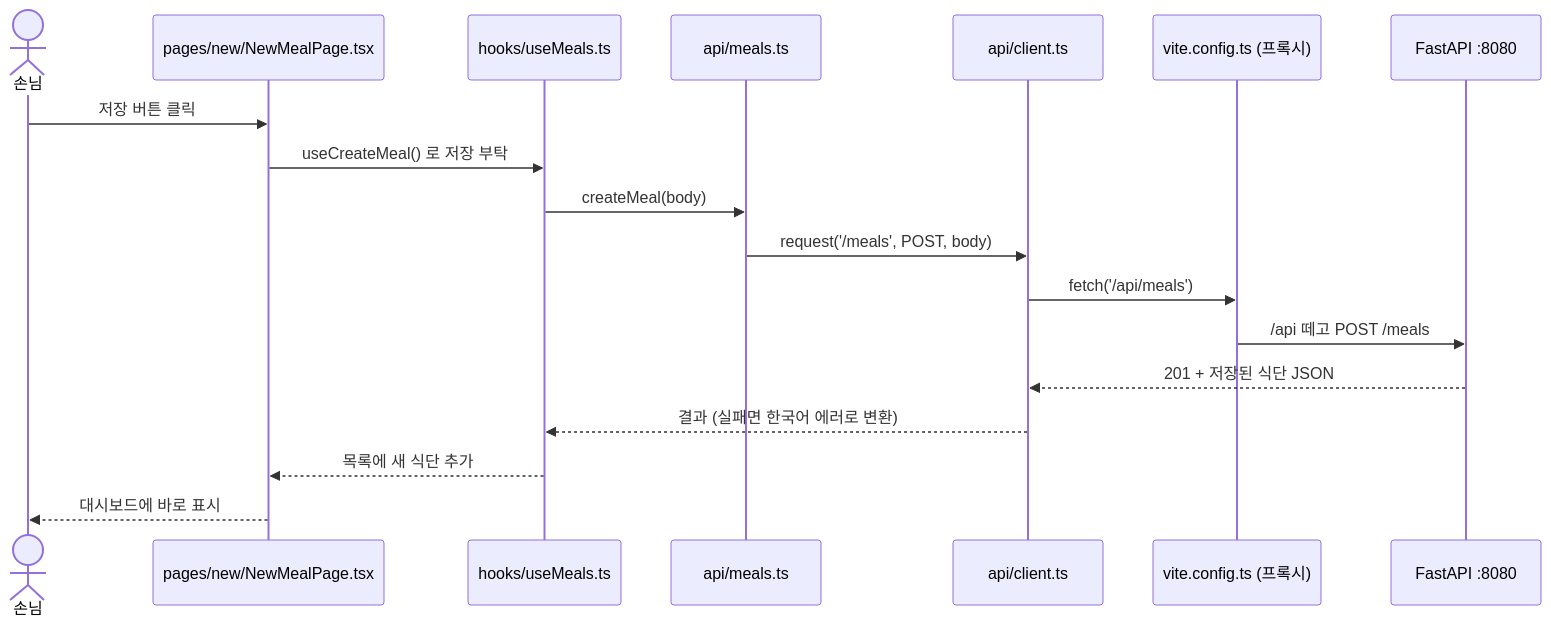
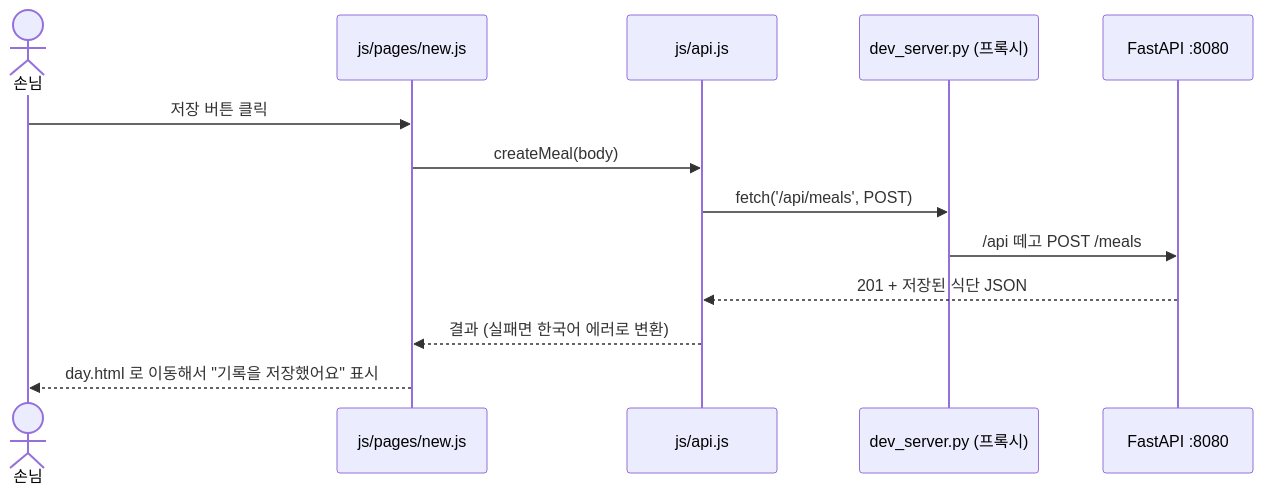
One commit to pasta1513/aws_project changed the second of 3 diagrams in frontend/GUIDE.md. Above: the diagram before and after it, drawn with Mermaid. The commit also changed other lines of this file and 96 other files, not shown here.

First line of the commit message:
프론트엔드 React(Vite) → HTML·CSS·JavaScript 전환

````diff
--- a/frontend/GUIDE.md
+++ b/frontend/GUIDE.md
@@ -64,21 +57,16 @@
 ```mermaid
 sequenceDiagram
     actor 손님
-    participant P as pages/new/NewMealPage.tsx
-    participant H as hooks/useMeals.ts
-    participant A as api/meals.ts
-    participant C as api/client.ts
-    participant V as vite.config.ts (프록시)
+    participant P as js/pages/new.js
+    participant A as js/api.js
+    participant V as dev_server.py (프록시)
     participant B as FastAPI :8080
 
     손님->>P: 저장 버튼 클릭
-    P->>H: useCreateMeal() 로 저장 부탁
-    H->>A: createMeal(body)
-    A->>C: request('/meals', POST, body)
-    C->>V: fetch('/api/meals')
+    P->>A: createMeal(body)
+    A->>V: fetch('/api/meals', POST)
     V->>B: /api 떼고 POST /meals
-    B-->>C: 201 + 저장된 식단 JSON
-    C-->>H: 결과 (실패면 한국어 에러로 변환)
-    H-->>P: 목록에 새 식단 추가
-    P-->>손님: 대시보드에 바로 표시
+    B-->>A: 201 + 저장된 식단 JSON
+    A-->>P: 결과 (실패면 한국어 에러로 변환)
+    P-->>손님: day.html 로 이동해서 "기록을 저장했어요" 표시
 ```
````
